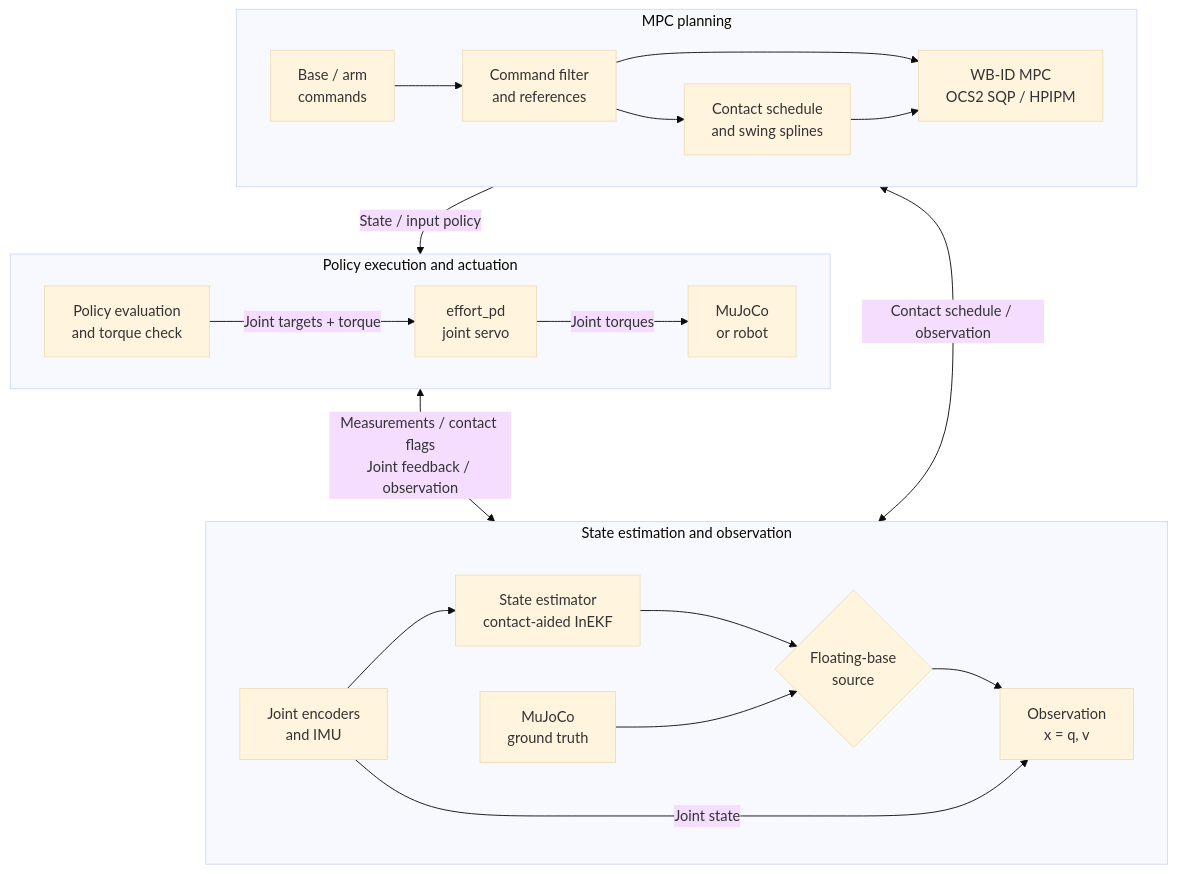
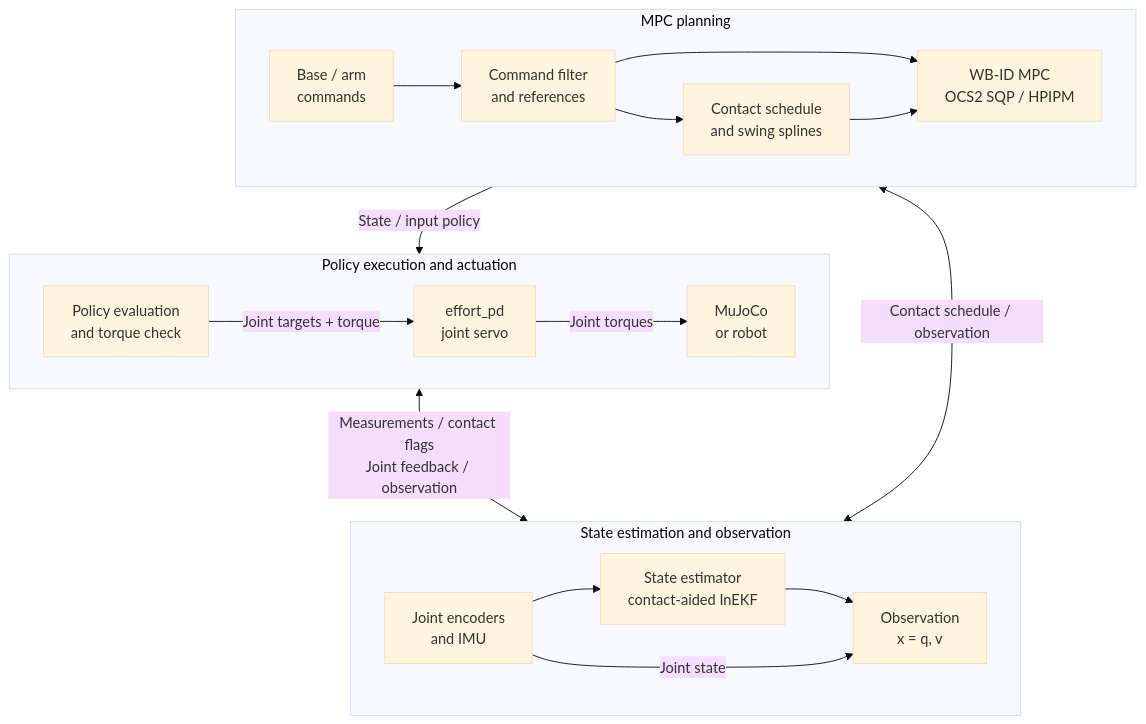
Before and after one commit to wei-hsuan-cheng/legged_robot_mpc_controller: the first of 3 diagrams in docs/humanoid_whole_body_inverse_dynamics_mpc.md, drawn with Mermaid (base theme). The commit also changed other lines of this file and 4 other files, not shown here.

First line of the commit message:
DOCS: show estimator feedback in control diagrams

````diff
--- a/docs/humanoid_whole_body_inverse_dynamics_mpc.md
+++ b/docs/humanoid_whole_body_inverse_dynamics_mpc.md
@@ -12,26 +12,24 @@
 ```mermaid
 flowchart TB
     subgraph PLANNING["MPC planning"]
         direction LR
         CMD["Base / arm<br/>commands"] --> REF["Command filter<br/>and references"]
         REF --> MPC["WB-ID MPC<br/>OCS2 SQP / HPIPM"]
         REF --> GAIT["Contact schedule<br/>and swing splines"]
         GAIT --> MPC
     end
     subgraph EXECUTION["Policy execution and actuation"]
         direction LR
         MRT["Policy evaluation<br/>and torque check"] -->|"Joint targets + torque"| PD["effort_pd<br/>joint servo"]
         PD -->|"Joint torques"| ROBOT["MuJoCo<br/>or robot"]
     end
     subgraph FEEDBACK["State estimation and observation"]
         direction LR
         SENSORS["Joint encoders<br/>and IMU"] --> EST["State estimator<br/>contact-aided InEKF"]
-        EST --> SOURCE{"Floating-base<br/>source"}
-        GT["MuJoCo<br/>ground truth"] --> SOURCE
-        SOURCE --> OBS["Observation<br/>x = q, v"]
+        EST --> OBS["Observation<br/>x = q, v"]
         SENSORS -->|"Joint state"| OBS
     end
     PLANNING -->|"State / input policy"| EXECUTION
     EXECUTION <-->|"Measurements / contact flags<br/>Joint feedback / observation"| FEEDBACK
     PLANNING <-->|"Contact schedule / observation"| FEEDBACK
 ```
````
